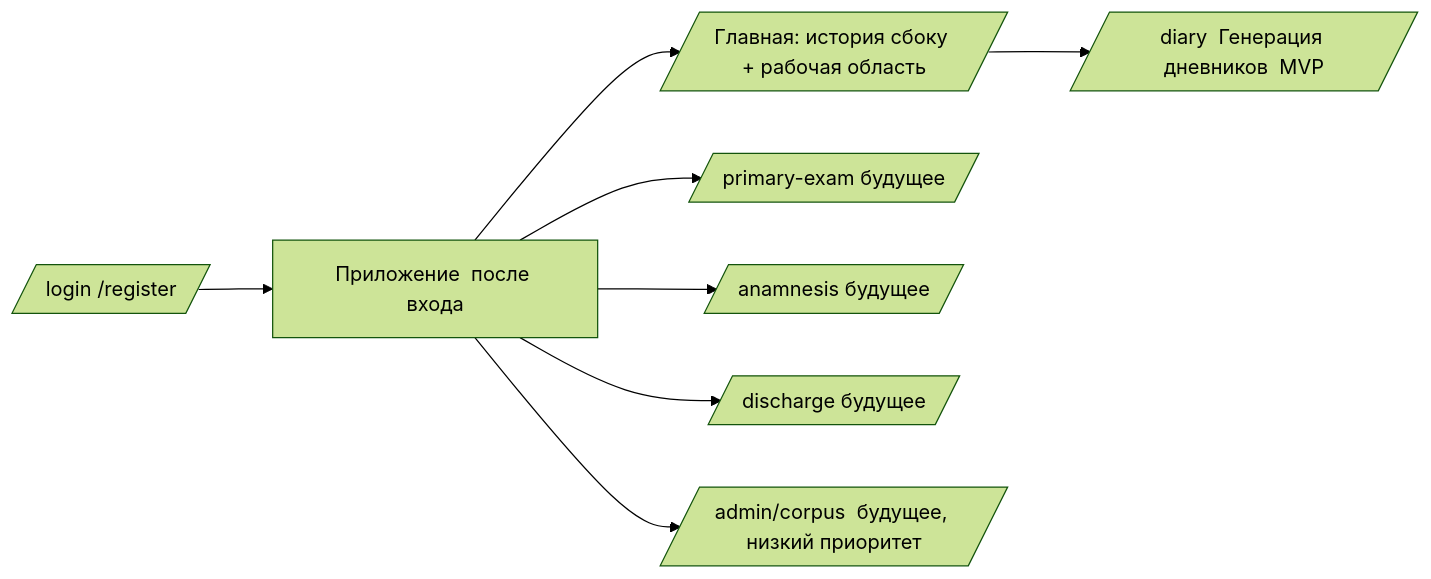
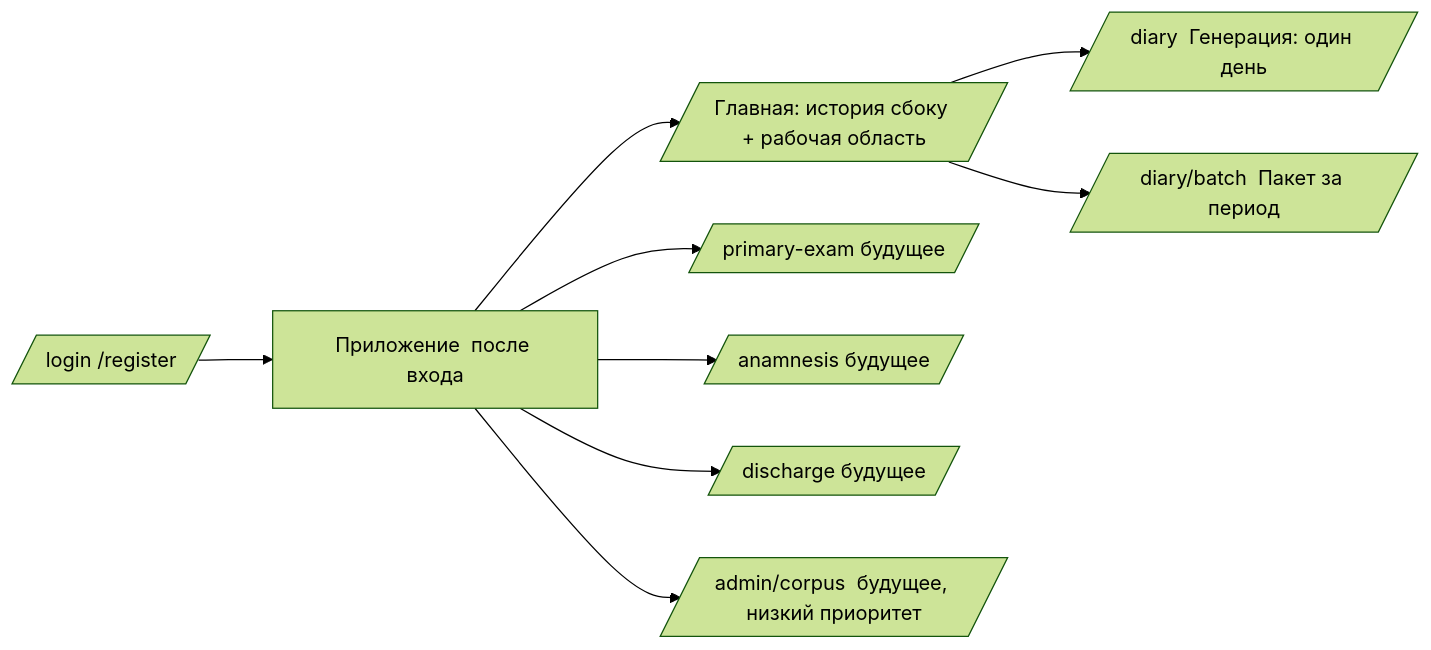
Before and after one commit to kemberl1/psynote: the first of 4 diagrams in docs/08_ui_ux.md, drawn with Mermaid (forest theme). The commit also changed other lines of this file and 31 other files, not shown here.

````diff
--- a/docs/08_ui_ux.md
+++ b/docs/08_ui_ux.md
@@ -51,10 +51,11 @@
 ```mermaid
 flowchart LR
     Login[/login  /register/] --> App[Приложение  после входа]
     App --> Home[/  Главная: история сбоку + рабочая область/]
-    Home --> Diary[/diary  Генерация дневников  MVP/]
+    Home --> Diary[/diary  Генерация: один день/]
+    Home --> Batch[/diary/batch  Пакет за период/]
     App --> Future1[/primary-exam  будущее/]
     App --> Future2[/anamnesis  будущее/]
     App --> Future3[/discharge  будущее/]
     App --> Admin[/admin/corpus  будущее, низкий приоритет/]
 ```
````
